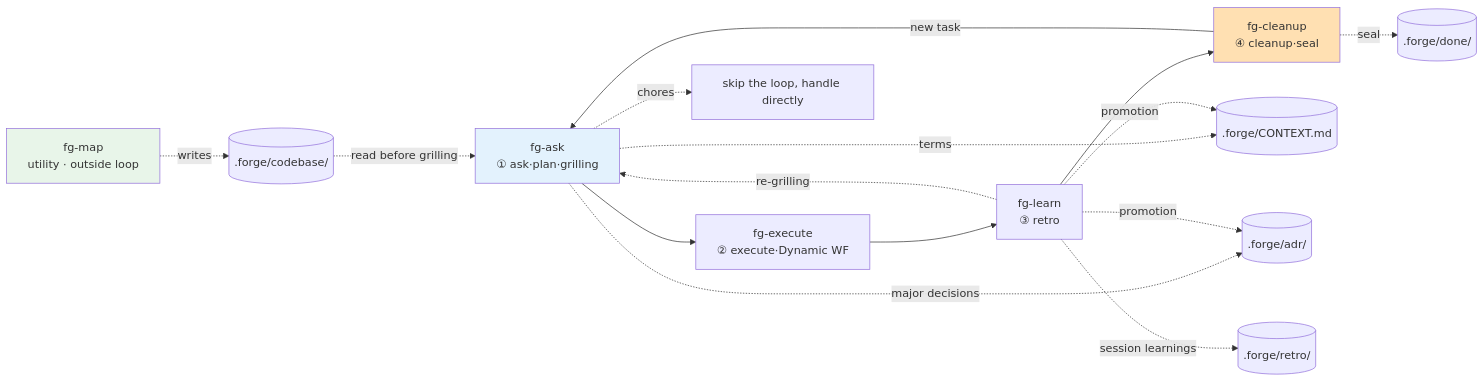
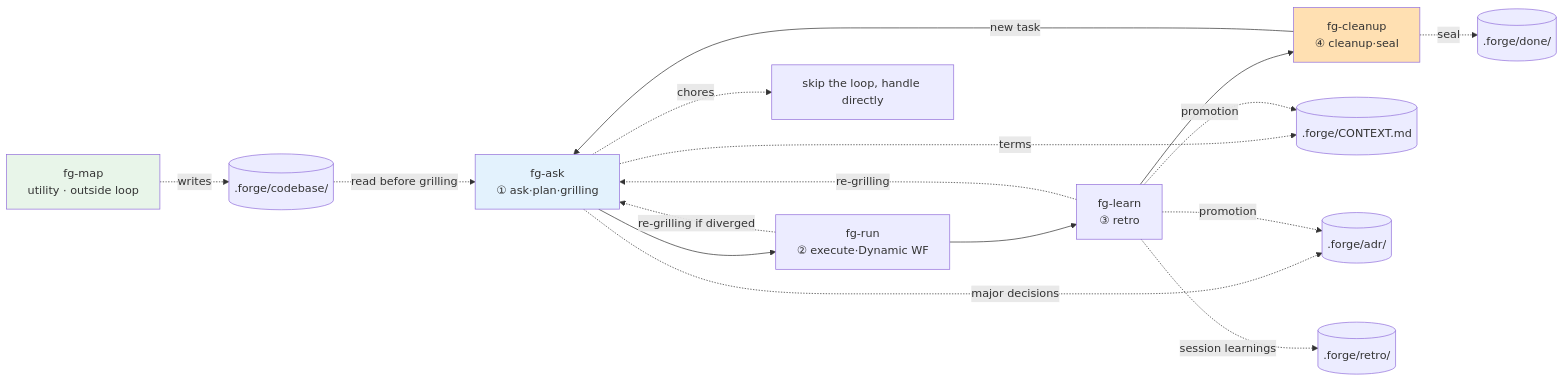
One commit to gyuha/forge changed the diagram in README.md. Above: the diagram before and after it, drawn with Mermaid. The commit also changed other lines of this file and 15 other files, not shown here.

````diff
--- a/README.md
+++ b/README.md
@@ -33,20 +33,21 @@
 ```mermaid
 flowchart LR
-    A[fg-ask<br/>① ask·plan·grilling] --> E[fg-execute<br/>② execute·Dynamic WF]
+    A[fg-ask<br/>① ask·plan·grilling] --> E[fg-run<br/>② execute·Dynamic WF]
     E --> L[fg-learn<br/>③ retro]
     L --> C[fg-cleanup<br/>④ cleanup·seal]
+    E -.re-grilling if diverged.-> A
     L -.re-grilling.-> A
     C -->|new task| A
     A -.chores.-> X[skip the loop, handle directly]
     A -.terms.-> CTX[(.forge/CONTEXT.md)]
     A -.major decisions.-> ADR[(.forge/adr/)]
     L -.promotion.-> CTX
     L -.promotion.-> ADR
     L -.session learnings.-> RETRO[(.forge/retro/)]
     C -.seal.-> DONE[(.forge/done/)]
     MAP[fg-map<br/>utility · outside loop] -.writes.-> CB[(.forge/codebase/)]
     CB -.read before grilling.-> A
     style A fill:#e3f2fd
     style C fill:#ffe0b2
     style MAP fill:#e8f5e9
 ```
````
